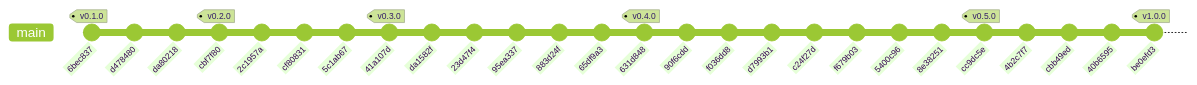
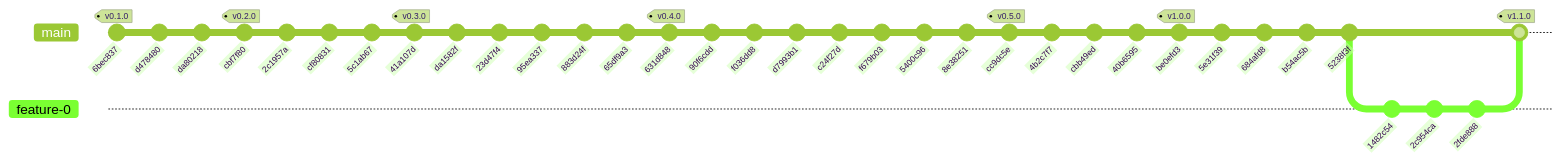
One commit to jeremialcala/bcv-fx-ingestor changed the diagram in docs/03-implementation/repo-history.md. Above: the diagram before and after it, drawn with Mermaid (forest theme). The commit also changed other lines of this file, not shown here.

Commit message:
docs: regenerar historial vivo tras el tag v1.1.0 — gitflow adoptado

````diff
--- a/docs/03-implementation/repo-history.md
+++ b/docs/03-implementation/repo-history.md
@@ -19,29 +19,40 @@
 ```mermaid
 gitGraph
     commit id: "6bec837" tag: "v0.1.0"
     commit id: "d478480"
     commit id: "da80218"
     commit id: "cbf7f80" tag: "v0.2.0"
     commit id: "2c1957a"
     commit id: "cf80831"
     commit id: "5c1ab67"
     commit id: "41a107d" tag: "v0.3.0"
     commit id: "da1582f"
     commit id: "23d47f4"
     commit id: "95ea337"
     commit id: "883d24f"
     commit id: "65df9a3"
     commit id: "631d848" tag: "v0.4.0"
     commit id: "90f6cdd"
     commit id: "f036dd8"
     commit id: "d7993b1"
     commit id: "c24f27d"
     commit id: "f679b03"
     commit id: "5400c96"
     commit id: "8e38251"
     commit id: "cc9dc5e" tag: "v0.5.0"
     commit id: "4b2c7f7"
     commit id: "cbb49ed"
     commit id: "40b6595"
     commit id: "be0efd3" tag: "v1.0.0"
+    commit id: "5e31f39"
+    commit id: "684afd8"
+    commit id: "b54ac5b"
+    commit id: "5238f3f"
+    branch feature-0
+    checkout feature-0
+    commit id: "1482c54"
+    commit id: "2c954ca"
+    commit id: "2fde888"
+    checkout main
+    merge feature-0 tag: "v1.1.0"
 ```
````
